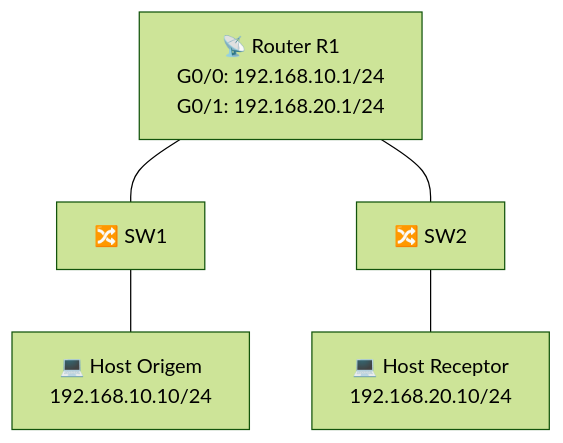
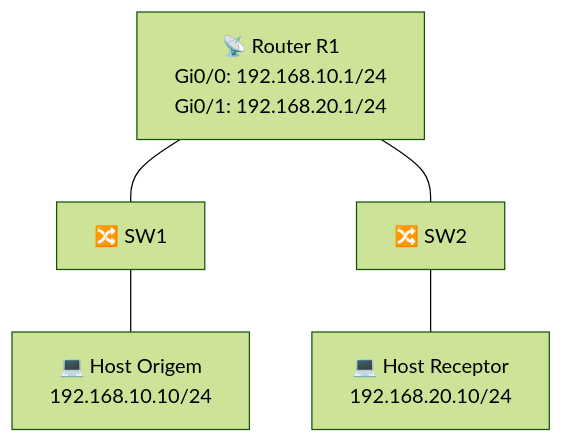
Before and after one commit to oficialvzi/PTR: the second of 2 diagrams in labs/lab03.md, drawn with Mermaid (forest theme). The commit also changed other lines of this file and 14 other files, not shown here.

````diff
--- a/labs/lab03.md
+++ b/labs/lab03.md
@@ -120,8 +139,8 @@
 ```mermaid
 flowchart TB
-    R["📡 Router R1<br/>G0/0: 192.168.10.1/24<br/>G0/1: 192.168.20.1/24"] --- S1["🔀 SW1"]
+    R["📡 Router R1<br/>Gi0/0: 192.168.10.1/24<br/>Gi0/1: 192.168.20.1/24"] --- S1["🔀 SW1"]
     R --- S2["🔀 SW2"]
 
     S1 --- SRC["💻 Host Origem<br/>192.168.10.10/24"]
     S2 --- RCV["💻 Host Receptor<br/>192.168.20.10/24"]
 ```
````
